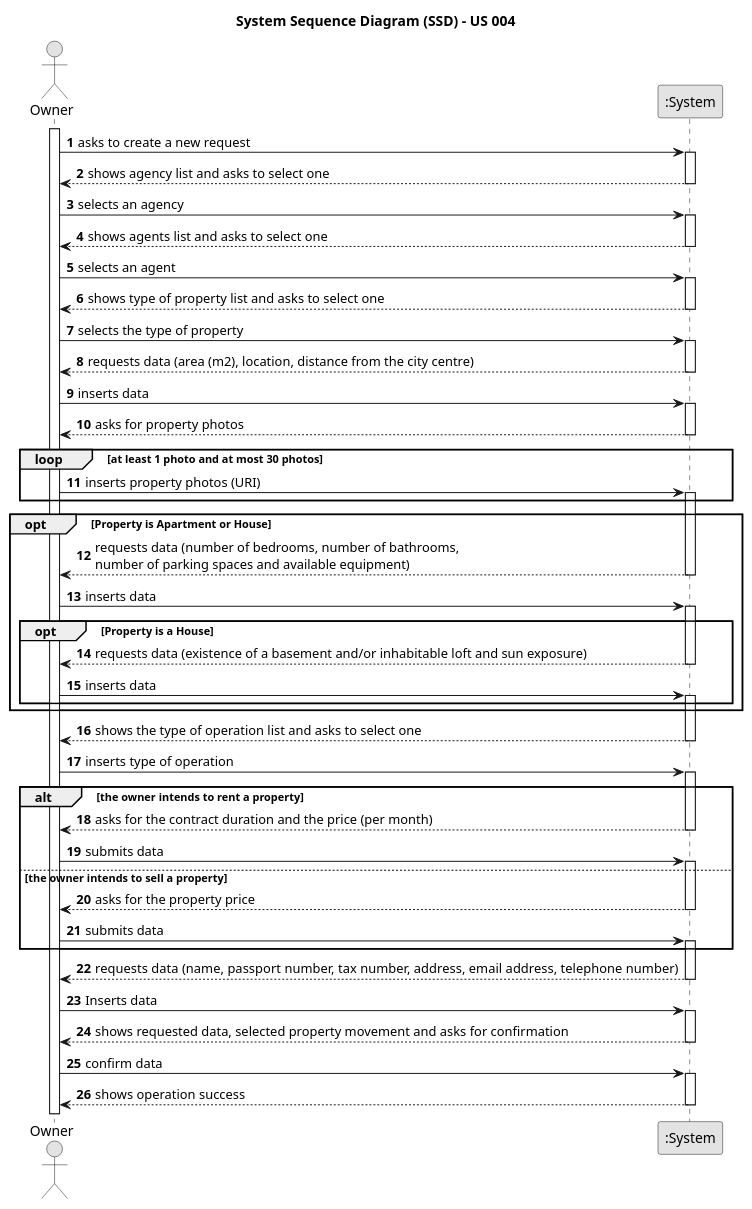
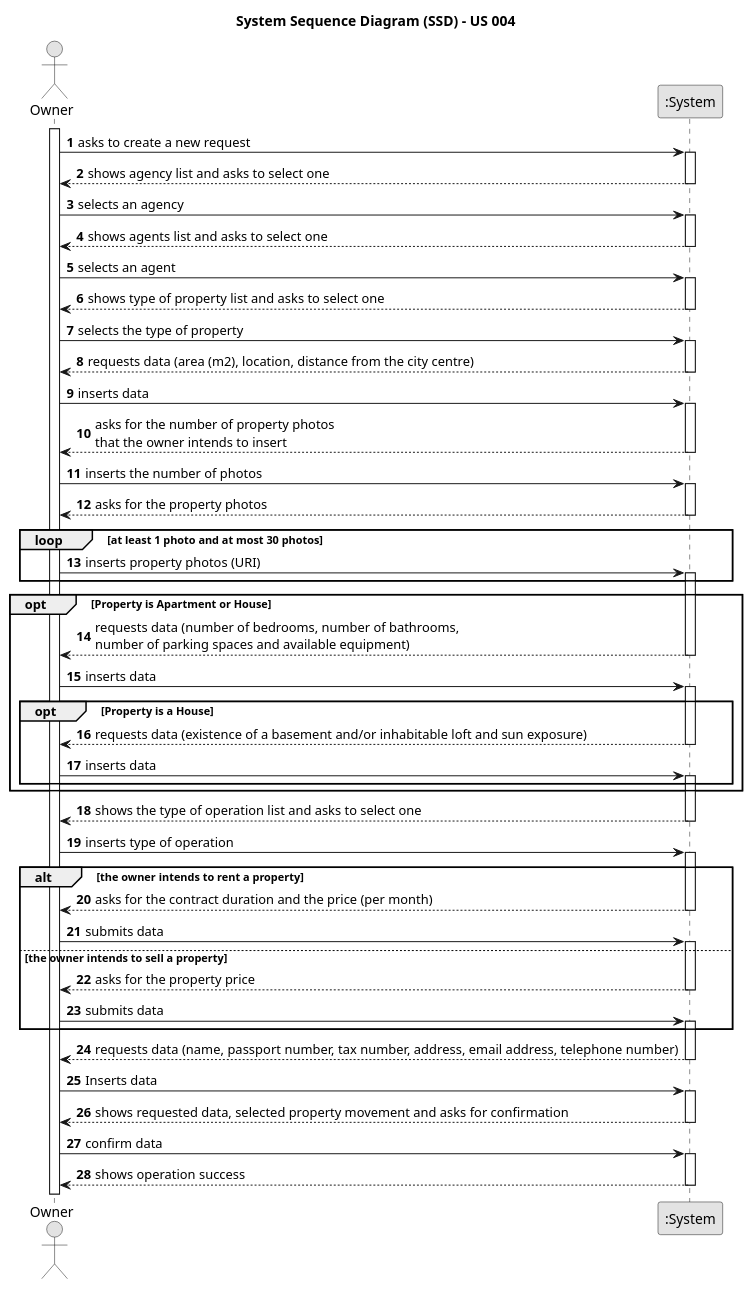
One commit to 1220812/LAPR2 changed the diagram in docs/sprintB/us004/01.requirements-engineering/puml/us004-system-sequence-diagram.puml. Above: the diagram before and after it, drawn with PlantUML. The commit also changed 1 other file, not shown here.

Commit message:
Little fixes in the Sequence diagram and the SSD - US 004

```diff
--- a/docs/sprintB/us004/01.requirements-engineering/puml/us004-system-sequence-diagram.puml
+++ b/docs/sprintB/us004/01.requirements-engineering/puml/us004-system-sequence-diagram.puml
@@ -1,118 +1,126 @@
 @startuml
 skinparam monochrome true
 skinparam packageStyle rectangle
 skinparam shadowing false
 
 title System Sequence Diagram (SSD) - US 004
 
 autonumber
 
 actor "Owner" as Owner
 participant ":System" as System
 
 activate Owner
 
     Owner -> System : asks to create a new request
     activate System
 
         System --> Owner : shows agency list and asks to select one
     deactivate System
 
     Owner -> System : selects an agency
     activate System
 
         System --> Owner : shows agents list and asks to select one
     deactivate System
 
     Owner -> System : selects an agent
     activate System
 
 
         System --> Owner : shows type of property list and asks to select one
     deactivate System
 
     Owner -> System : selects the type of property
 
         activate System
 
         System --> Owner : requests data (area (m2), location, distance from the city centre)
 
     deactivate System
 
     Owner -> System : inserts data
 
     activate System
 
-    System --> Owner : asks for property photos
+    System --> Owner : asks for the number of property photos \nthat the owner intends to insert
+
     deactivate System
 
+    Owner -> System : inserts the number of photos
+
+    activate System
+
+    System --> Owner : asks for the property photos
+
+    deactivate System
     loop at least 1 photo and at most 30 photos
 
     Owner -> System : inserts property photos (URI)
     activate System
 
     end
    activate System
 
     opt Property is Apartment or House
 
         System --> Owner : requests data (number of bedrooms, number of bathrooms, \nnumber of parking spaces and available equipment)
 
     deactivate System
 
     Owner -> System : inserts data
     activate System
 
     opt Property is a House
 
          System --> Owner : requests data (existence of a basement and/or inhabitable loft and sun exposure)
     deactivate System
 
     Owner -> System : inserts data
     activate System
 
     end
 
     end
 
     System --> Owner : shows the type of operation list and asks to select one
     deactivate System
 
     Owner -> System : inserts type of operation
 
     alt the owner intends to rent a property
     activate System
 
     System --> Owner : asks for the contract duration and the price (per month)
     deactivate System
 
     Owner -> System : submits data
     activate System
 
     else the owner intends to sell a property
     System --> Owner : asks for the property price
 
     deactivate System
 
     Owner -> System : submits data
     activate System
 
     end
 
           System --> Owner : requests data (name, passport number, tax number, address, email address, telephone number)
     deactivate System
 
     Owner -> System : Inserts data
     activate System
 
            System --> Owner : shows requested data, selected property movement and asks for confirmation
 
     deactivate System
 
     Owner -> System : confirm data
     activate System
 
             System --> Owner : shows operation success
     deactivate System
 
 @enduml
```
